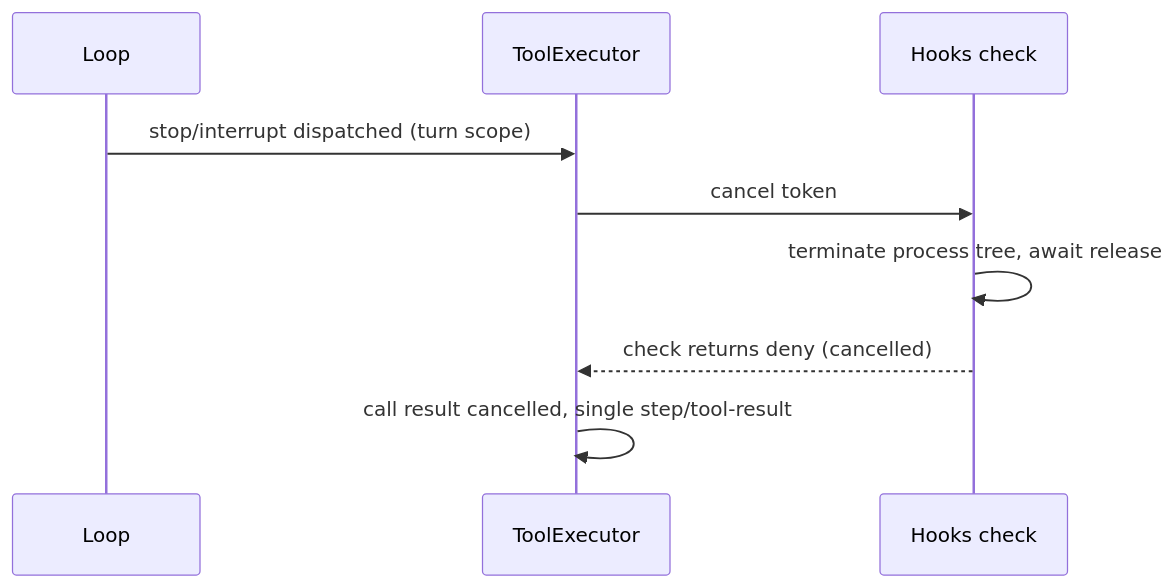
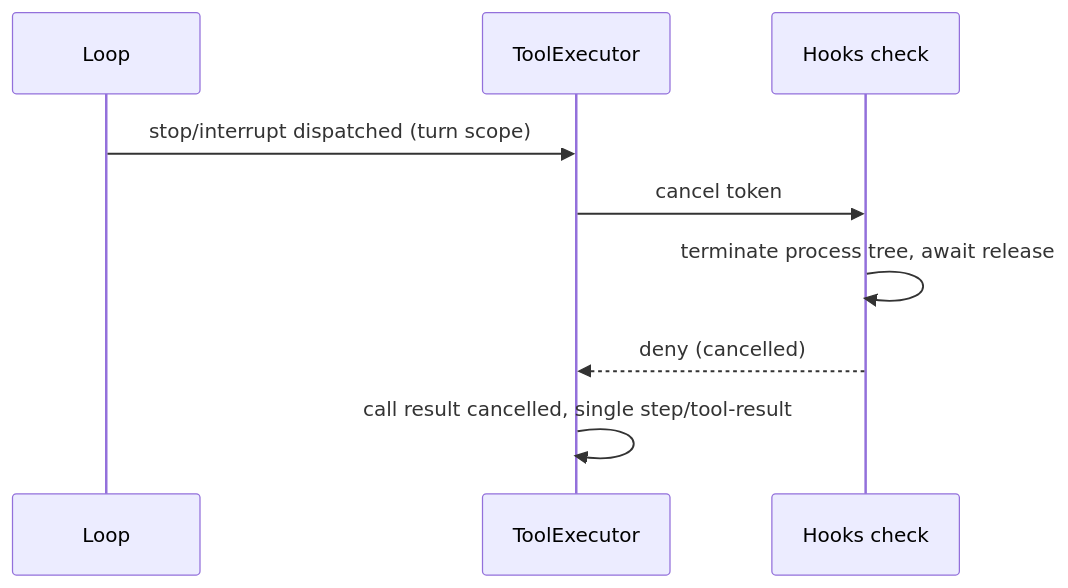
The sixth of 6 diagrams in docs/design/plugins/Hooks.md (CoutinhoTTS/dim-agent), drawn with Mermaid before and after one commit. The commit also changed other lines of this file and 3 other files, not shown here.

````diff
--- a/docs/design/plugins/Hooks.md
+++ b/docs/design/plugins/Hooks.md
@@ -148,11 +129,11 @@
 ```mermaid
 sequenceDiagram
   participant L as Loop
   participant TE as ToolExecutor
-  participant HK as Hooks check
+  participant HB as Hooks check
   L->>TE: stop/interrupt dispatched (turn scope)
-  TE->>HK: cancel token
-  HK->>HK: terminate process tree, await release
-  HK-->>TE: check returns deny (cancelled)
+  TE->>HB: cancel token
+  HB->>HB: terminate process tree, await release
+  HB-->>TE: deny (cancelled)
   TE->>TE: call result cancelled, single step/tool-result
 ```
````
